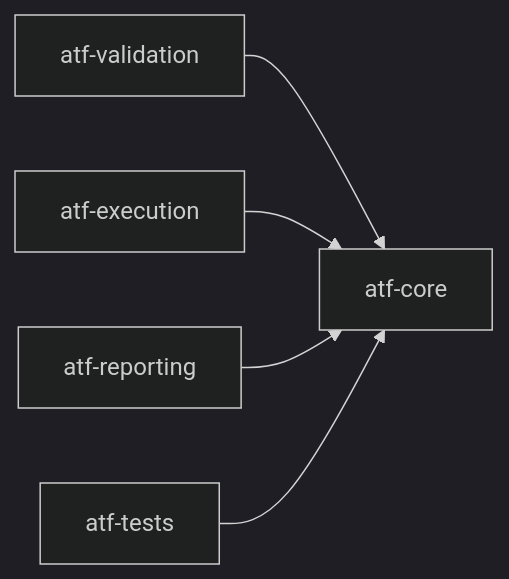
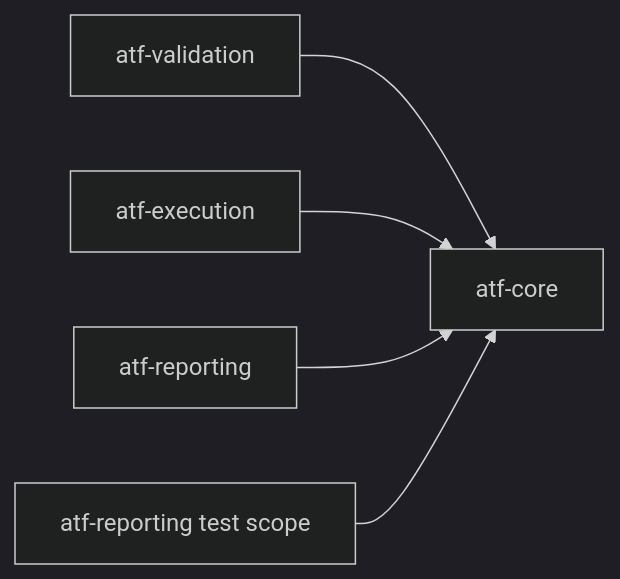
The diagram in atf-core/README.md (crististefanita/demo2), drawn with Mermaid (dark theme) before and after one commit. The commit also changed other lines of this file and 647 other files, not shown here.

````diff
--- a/atf-core/README.md
+++ b/atf-core/README.md
@@ -9,7 +9,7 @@
 ```mermaid
 flowchart LR
     Validation[atf-validation] --> Core[atf-core]
     Execution[atf-execution] --> Core
     Reporting[atf-reporting] --> Core
-    Tests[atf-tests] --> Core
+    Tests[atf-reporting test scope] --> Core
 ```
````
